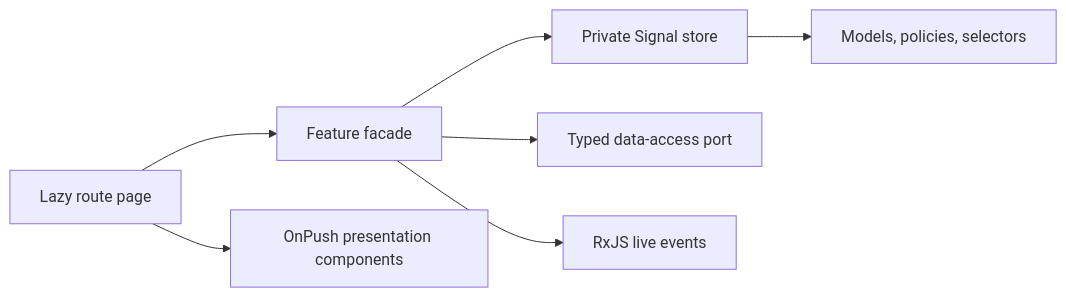
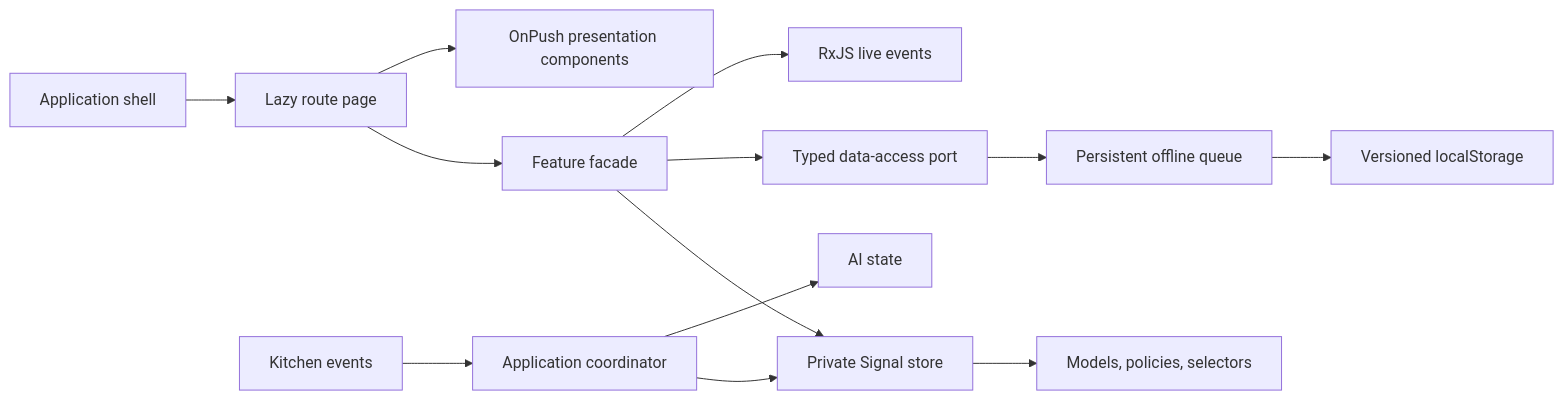
One commit to MooRagab/smart-restaurant-pos changed the diagram in README.md. Above: the diagram before and after it, drawn with Mermaid. The commit also changed other lines of this file and 86 other files, not shown here.

````diff
--- a/README.md
+++ b/README.md
@@ -29,9 +29,15 @@
 ```mermaid
 flowchart LR
-  Page[Lazy route page] --> Facade[Feature facade]
+  Shell[Application shell] --> Page[Lazy route page]
+  Page --> Facade[Feature facade]
   Facade --> Store[Private Signal store]
   Facade --> Repository[Typed data-access port]
   Facade --> Events[RxJS live events]
   Store --> Domain[Models, policies, selectors]
   Page --> UI[OnPush presentation components]
+  Kitchen[Kitchen events] --> Coordinator[Application coordinator]
+  Coordinator --> Store
+  Coordinator --> AI[AI state]
+  Repository --> Queue[Persistent offline queue]
+  Queue --> Persistence[Versioned localStorage]
 ```
````
